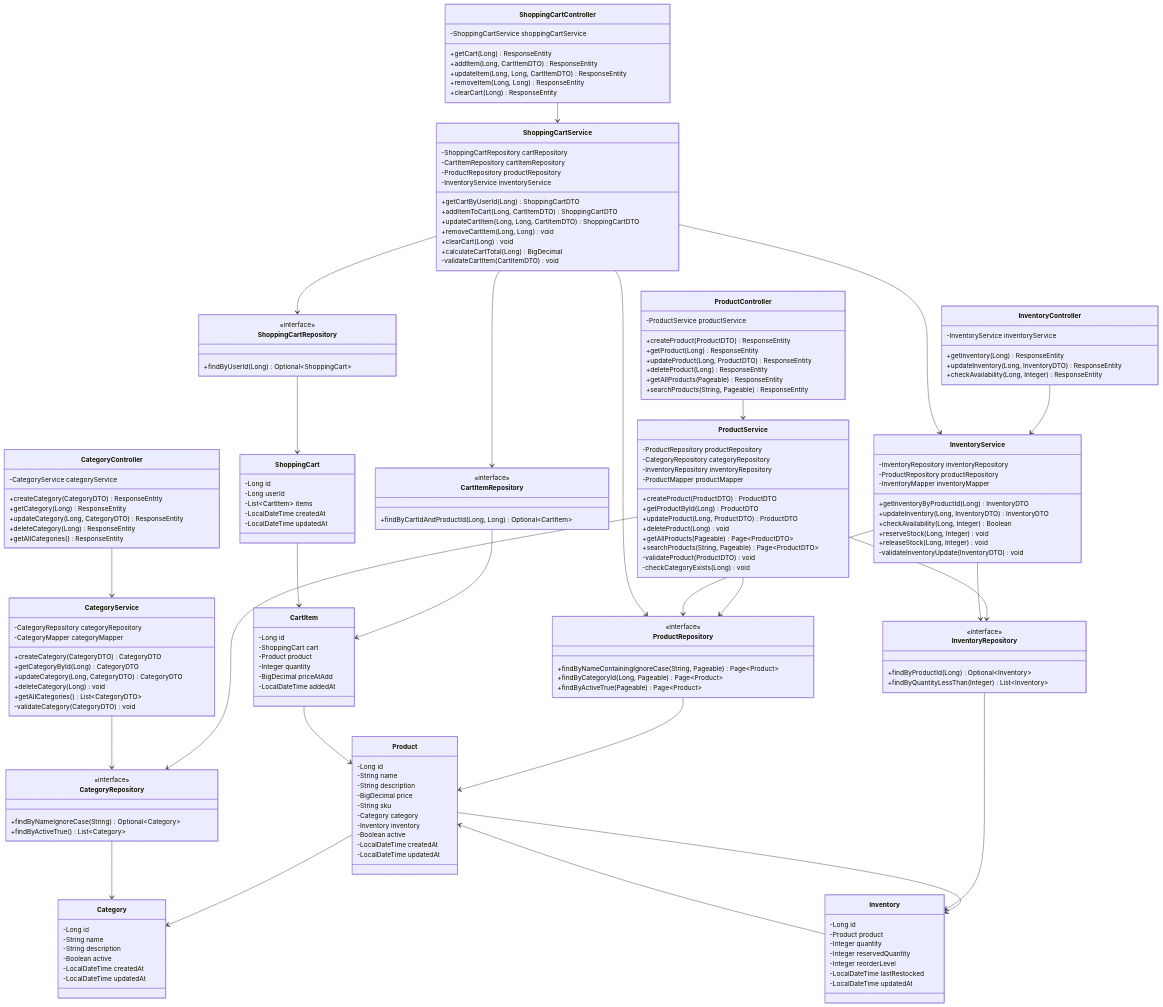
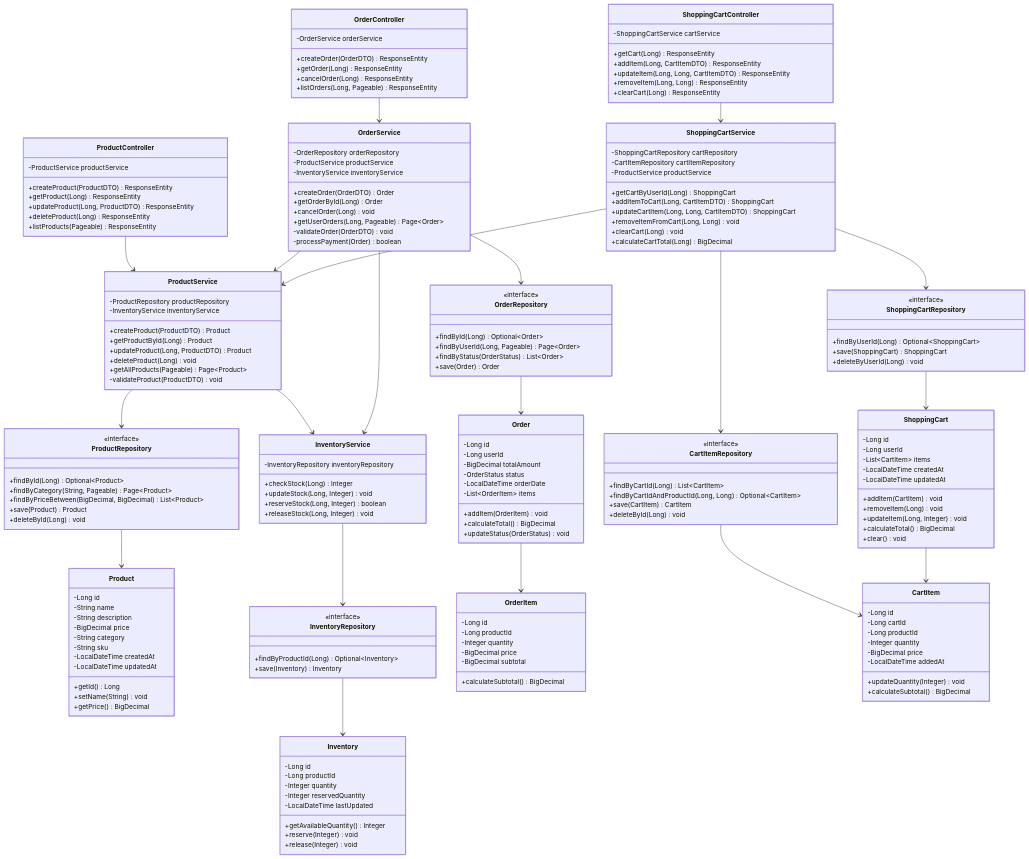
The first of 13 diagrams in docs/LLD/modified_lld.md (NavneetBN47/aava-ecom-demo), drawn with Mermaid before and after one commit. The commit also changed other lines of this file, not shown here.

````diff
--- a/docs/LLD/modified_lld.md
+++ b/docs/LLD/modified_lld.md
@@ -51,30 +45,27 @@
         +getProduct(Long) ResponseEntity
         +updateProduct(Long, ProductDTO) ResponseEntity
         +deleteProduct(Long) ResponseEntity
-        +getAllProducts(Pageable) ResponseEntity
-        +searchProducts(String, Pageable) ResponseEntity
+        +listProducts(Pageable) ResponseEntity
     }
 
     class ProductService {
         -ProductRepository productRepository
-        -CategoryRepository categoryRepository
-        -InventoryRepository inventoryRepository
-        -ProductMapper productMapper
-        +createProduct(ProductDTO) ProductDTO
-        +getProductById(Long) ProductDTO
-        +updateProduct(Long, ProductDTO) ProductDTO
+        -InventoryService inventoryService
+        +createProduct(ProductDTO) Product
+        +getProductById(Long) Product
+        +updateProduct(Long, ProductDTO) Product
         +deleteProduct(Long) void
-        +getAllProducts(Pageable) Page~ProductDTO~
-        +searchProducts(String, Pageable) Page~ProductDTO~
+        +getAllProducts(Pageable) Page~Product~
         -validateProduct(ProductDTO) void
-        -checkCategoryExists(Long) void
     }
 
     class ProductRepository {
         <<interface>>
-        +findByNameContainingIgnoreCase(String, Pageable) Page~Product~
-        +findByCategoryId(Long, Pageable) Page~Product~
-        +findByActiveTrue(Pageable) Page~Product~
+        +findById(Long) Optional~Product~
+        +findByCategory(String, Pageable) Page~Product~
+        +findByPriceBetween(BigDecimal, BigDecimal) List~Product~
+        +save(Product) Product
+        +deleteById(Long) void
     }
 
     class Product {
@@ -82,86 +73,91 @@
         -String name
         -String description
         -BigDecimal price
+        -String category
         -String sku
-        -Category category
-        -Inventory inventory
-        -Boolean active
         -LocalDateTime createdAt
         -LocalDateTime updatedAt
-    }
-
-    class CategoryController {
-        -CategoryService categoryService
-        +createCategory(CategoryDTO) ResponseEntity
-        +getCategory(Long) ResponseEntity
-        +updateCategory(Long, CategoryDTO) ResponseEntity
-        +deleteCategory(Long) ResponseEntity
-        +getAllCategories() ResponseEntity
-    }
-
-    class CategoryService {
-        -CategoryRepository categoryRepository
-        -CategoryMapper categoryMapper
-        +createCategory(CategoryDTO) CategoryDTO
-        +getCategoryById(Long) CategoryDTO
-        +updateCategory(Long, CategoryDTO) CategoryDTO
-        +deleteCategory(Long) void
-        +getAllCategories() List~CategoryDTO~
-        -validateCategory(CategoryDTO) void
-    }
-
-    class CategoryRepository {
-        <<interface>>
-        +findByNameIgnoreCase(String) Optional~Category~
-        +findByActiveTrue() List~Category~
-    }
-
-    class Category {
-        -Long id
-        -String name
-        -String description
-        -Boolean active
-        -LocalDateTime createdAt
-        -LocalDateTime updatedAt
-    }
-
-    class InventoryController {
-        -InventoryService inventoryService
-        +getInventory(Long) ResponseEntity
-        +updateInventory(Long, InventoryDTO) ResponseEntity
-        +checkAvailability(Long, Integer) ResponseEntity
+        +getId() Long
+        +setName(String) void
+        +getPrice() BigDecimal
     }
 
     class InventoryService {
         -InventoryRepository inventoryRepository
-        -ProductRepository productRepository
-        -InventoryMapper inventoryMapper
-        +getInventoryByProductId(Long) InventoryDTO
-        +updateInventory(Long, InventoryDTO) InventoryDTO
-        +checkAvailability(Long, Integer) Boolean
-        +reserveStock(Long, Integer) void
+        +checkStock(Long) Integer
+        +updateStock(Long, Integer) void
+        +reserveStock(Long, Integer) boolean
         +releaseStock(Long, Integer) void
-        -validateInventoryUpdate(InventoryDTO) void
     }
 
     class InventoryRepository {
         <<interface>>
         +findByProductId(Long) Optional~Inventory~
-        +findByQuantityLessThan(Integer) List~Inventory~
+        +save(Inventory) Inventory
     }
 
     class Inventory {
         -Long id
-        -Product product
+        -Long productId
         -Integer quantity
         -Integer reservedQuantity
-        -Integer reorderLevel
-        -LocalDateTime lastRestocked
-        -LocalDateTime updatedAt
+        -LocalDateTime lastUpdated
+        +getAvailableQuantity() Integer
+        +reserve(Integer) void
+        +release(Integer) void
+    }
+
+    class OrderController {
+        -OrderService orderService
+        +createOrder(OrderDTO) ResponseEntity
+        +getOrder(Long) ResponseEntity
+        +cancelOrder(Long) ResponseEntity
+        +listOrders(Long, Pageable) ResponseEntity
+    }
+
+    class OrderService {
+        -OrderRepository orderRepository
+        -ProductService productService
+        -InventoryService inventoryService
+        +createOrder(OrderDTO) Order
+        +getOrderById(Long) Order
+        +cancelOrder(Long) void
+        +getUserOrders(Long, Pageable) Page~Order~
+        -validateOrder(OrderDTO) void
+        -processPayment(Order) boolean
+    }
+
+    class OrderRepository {
+        <<interface>>
+        +findById(Long) Optional~Order~
+        +findByUserId(Long, Pageable) Page~Order~
+        +findByStatus(OrderStatus) List~Order~
+        +save(Order) Order
+    }
+
+    class Order {
+        -Long id
+        -Long userId
+        -BigDecimal totalAmount
+        -OrderStatus status
+        -LocalDateTime orderDate
+        -List~OrderItem~ items
+        +addItem(OrderItem) void
+        +calculateTotal() BigDecimal
+        +updateStatus(OrderStatus) void
+    }
+
+    class OrderItem {
+        -Long id
+        -Long productId
+        -Integer quantity
+        -BigDecimal price
+        -BigDecimal subtotal
+        +calculateSubtotal() BigDecimal
     }
 
     class ShoppingCartController {
-        -ShoppingCartService shoppingCartService
+        -ShoppingCartService cartService
         +getCart(Long) ResponseEntity
         +addItem(Long, CartItemDTO) ResponseEntity
         +updateItem(Long, Long, CartItemDTO) ResponseEntity
@@ -172,25 +168,28 @@
     class ShoppingCartService {
         -ShoppingCartRepository cartRepository
         -CartItemRepository cartItemRepository
-        -ProductRepository productRepository
-        -InventoryService inventoryService
-        +getCartByUserId(Long) ShoppingCartDTO
-        +addItemToCart(Long, CartItemDTO) ShoppingCartDTO
-        +updateCartItem(Long, Long, CartItemDTO) ShoppingCartDTO
-        +removeCartItem(Long, Long) void
+        -ProductService productService
+        +getCartByUserId(Long) ShoppingCart
+        +addItemToCart(Long, CartItemDTO) ShoppingCart
+        +updateCartItem(Long, Long, CartItemDTO) ShoppingCart
+        +removeItemFromCart(Long, Long) void
         +clearCart(Long) void
         +calculateCartTotal(Long) BigDecimal
-        -validateCartItem(CartItemDTO) void
     }
 
     class ShoppingCartRepository {
         <<interface>>
         +findByUserId(Long) Optional~ShoppingCart~
+        +save(ShoppingCart) ShoppingCart
+        +deleteByUserId(Long) void
     }
 
     class CartItemRepository {
         <<interface>>
+        +findByCartId(Long) List~CartItem~
         +findByCartIdAndProductId(Long, Long) Optional~CartItem~
+        +save(CartItem) CartItem
+        +deleteById(Long) void
     }
 
     class ShoppingCart {
@@ -199,42 +198,41 @@
         -List~CartItem~ items
         -LocalDateTime createdAt
         -LocalDateTime updatedAt
+        +addItem(CartItem) void
+        +removeItem(Long) void
+        +updateItem(Long, Integer) void
+        +calculateTotal() BigDecimal
+        +clear() void
     }
 
     class CartItem {
         -Long id
-        -ShoppingCart cart
-        -Product product
+        -Long cartId
+        -Long productId
         -Integer quantity
-        -BigDecimal priceAtAdd
+        -BigDecimal price
         -LocalDateTime addedAt
+        +updateQuantity(Integer) void
+        +calculateSubtotal() BigDecimal
     }
 
     ProductController --> ProductService
     ProductService --> ProductRepository
-    ProductService --> CategoryRepository
-    ProductService --> InventoryRepository
+    ProductService --> InventoryService
     ProductRepository --> Product
-    Product --> Category
-    Product --> Inventory
-
-    CategoryController --> CategoryService
-    CategoryService --> CategoryRepository
-    CategoryRepository --> Category
-
-    InventoryController --> InventoryService
     InventoryService --> InventoryRepository
-    InventoryService --> ProductRepository
     InventoryRepository --> Inventory
-    Inventory --> Product
-
+    OrderController --> OrderService
+    OrderService --> OrderRepository
+    OrderService --> ProductService
+    OrderService --> InventoryService
+    OrderRepository --> Order
+    Order --> OrderItem
     ShoppingCartController --> ShoppingCartService
     ShoppingCartService --> ShoppingCartRepository
     ShoppingCartService --> CartItemRepository
-    ShoppingCartService --> ProductRepository
-    ShoppingCartService --> InventoryService
+    ShoppingCartService --> ProductService
     ShoppingCartRepository --> ShoppingCart
     CartItemRepository --> CartItem
     ShoppingCart --> CartItem
-    CartItem --> Product
 ```
````
